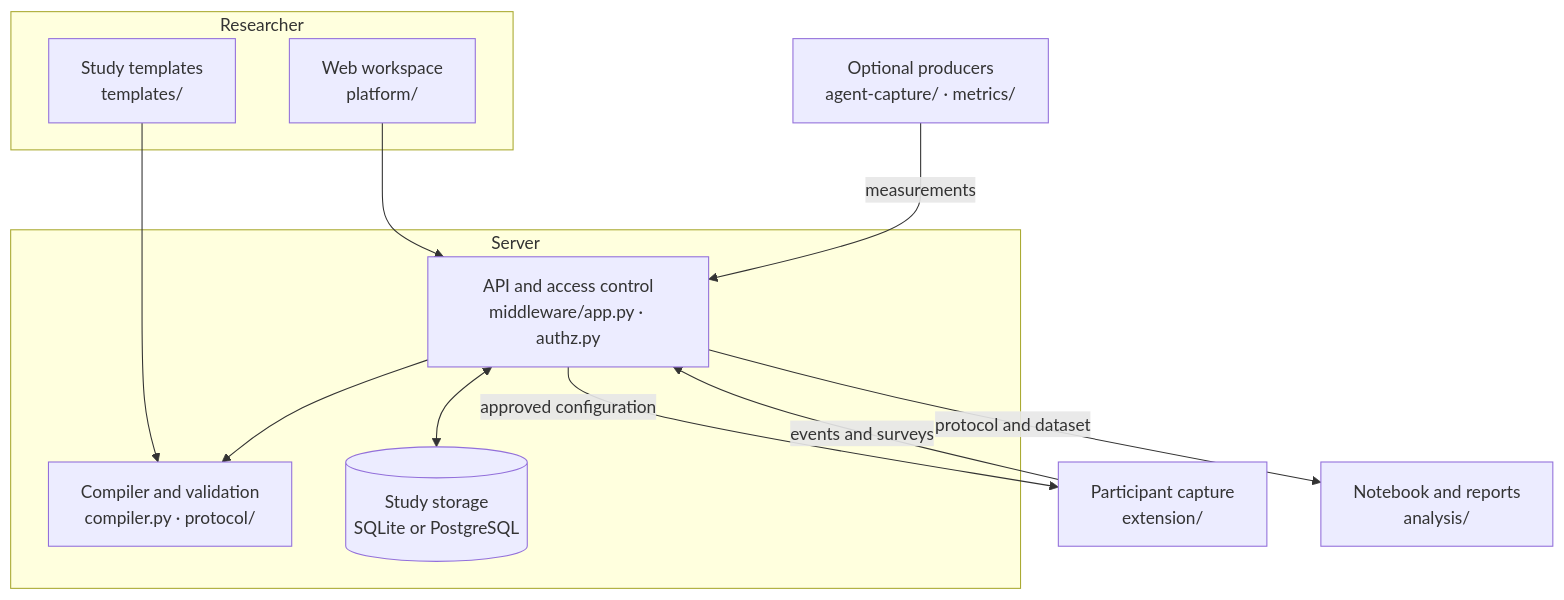
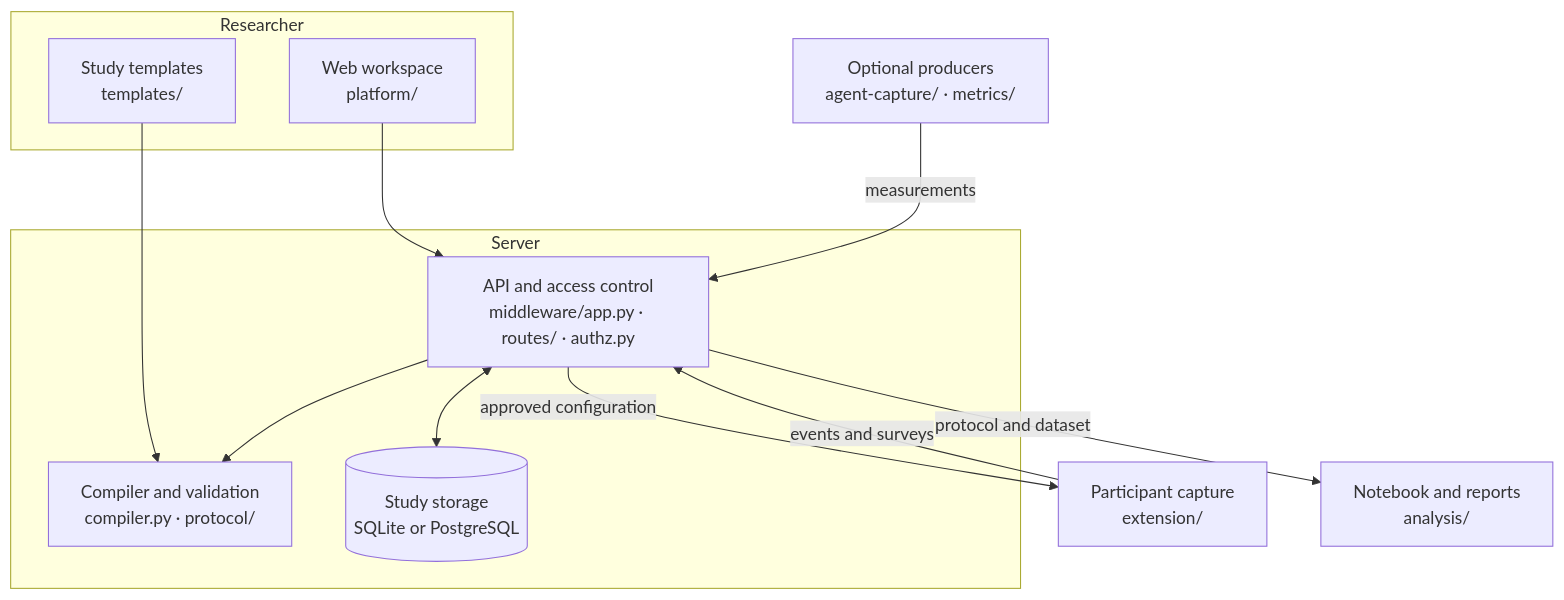
The first of 3 diagrams in docs/architecture.md (idreesshaikh/human-ai-studies-framework), drawn with Mermaid before and after one commit. The commit also changed other lines of this file and 171 other files, not shown here.

````diff
--- a/docs/architecture.md
+++ b/docs/architecture.md
@@ -12,20 +12,20 @@
 ```mermaid
 flowchart TB
     subgraph Researcher
         Web["Web workspace<br/>platform/"]
         Templates["Study templates<br/>templates/"]
     end
     subgraph Server
-        API["API and access control<br/>middleware/app.py · authz.py"]
+        API["API and access control<br/>middleware/app.py · routes/ · authz.py"]
         Compiler["Compiler and validation<br/>compiler.py · protocol/"]
         DB[("Study storage<br/>SQLite or PostgreSQL")]
     end
     Web --> API
     Templates --> Compiler
     API --> Compiler
     API <--> DB
     API -->|approved configuration| TERN["Participant capture<br/>extension/"]
     TERN -->|events and surveys| API
     External["Optional producers<br/>agent-capture/ · metrics/"] -->|measurements| API
     API -->|protocol and dataset| Analysis["Notebook and reports<br/>analysis/"]
 ```
````
